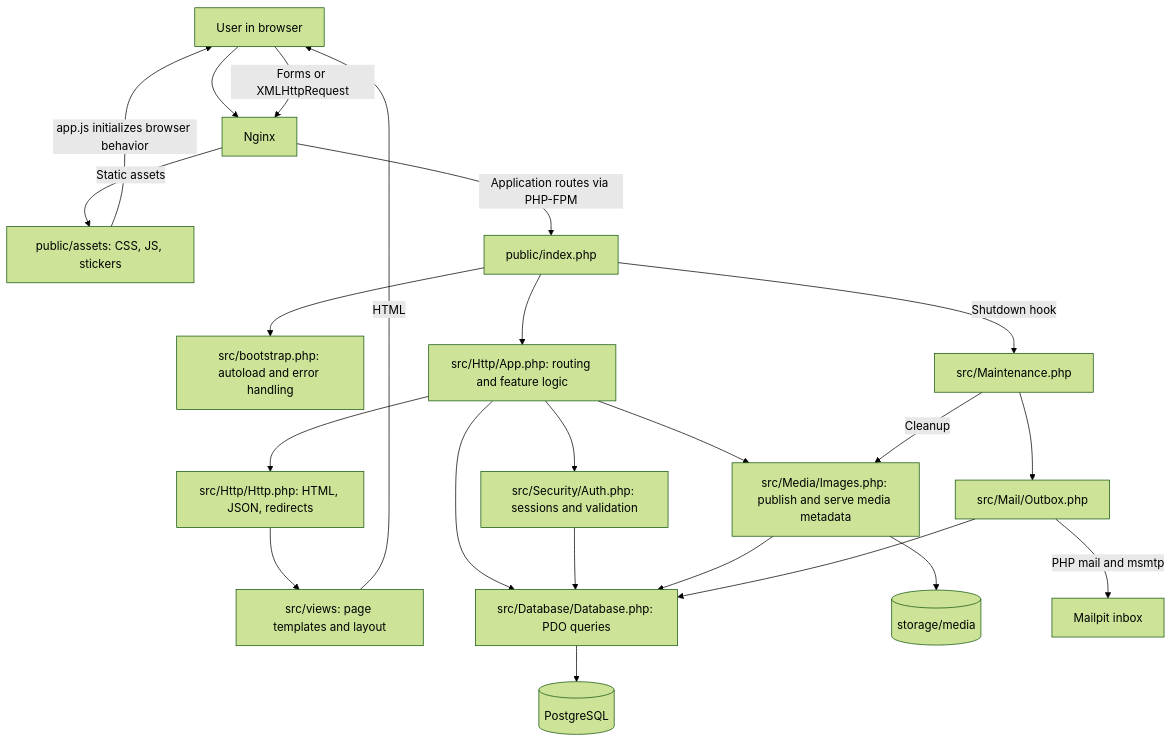
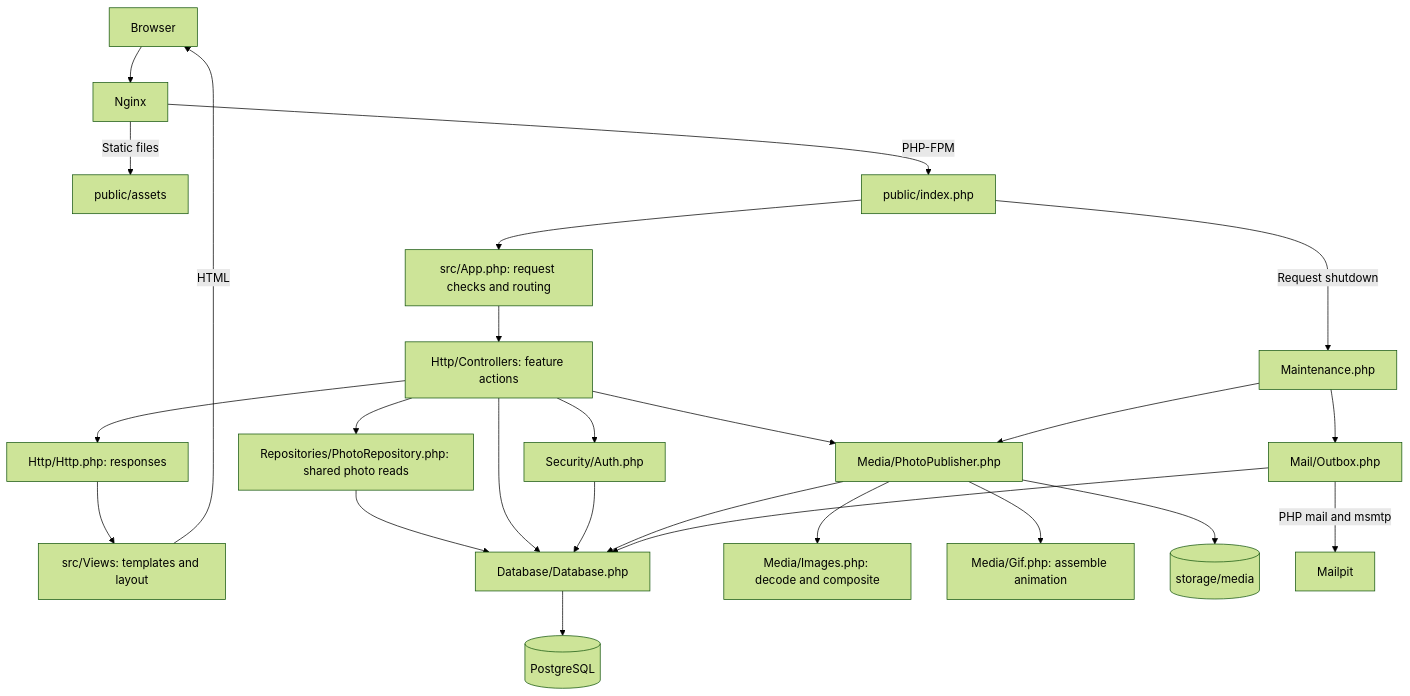
One commit to mtellami/camagru changed the first of 8 diagrams in ARCHITECTURE.md. Above: the diagram before and after it, drawn with Mermaid (forest theme). The commit also changed other lines of this file and 53 other files, not shown here.

````diff
--- a/ARCHITECTURE.md
+++ b/ARCHITECTURE.md
@@ -9,25 +9,27 @@
 ```mermaid
 flowchart TD
-    User[User in browser] --> Nginx[Nginx]
-    Nginx -->|Static assets| Assets[public/assets: CSS, JS, stickers]
-    Nginx -->|Application routes via PHP-FPM| Entry[public/index.php]
-    Entry --> Bootstrap[src/bootstrap.php: autoload and error handling]
-    Entry --> App[src/Http/App.php: routing and feature logic]
-    App --> Auth[src/Security/Auth.php: sessions and validation]
-    App --> Http[src/Http/Http.php: HTML, JSON, redirects]
-    Http --> Views[src/views: page templates and layout]
-    Views -->|HTML| User
-    Assets -->|app.js initializes browser behavior| User
-    User -->|Forms or XMLHttpRequest| Nginx
-    App --> DB[src/Database/Database.php: PDO queries]
+    Browser[Browser] --> Nginx[Nginx]
+    Nginx -->|Static files| Assets[public/assets]
+    Nginx -->|PHP-FPM| Entry[public/index.php]
+    Entry --> App[src/App.php: request checks and routing]
+    App --> Controllers[Http/Controllers: feature actions]
+    Controllers --> Auth[Security/Auth.php]
+    Controllers --> Http[Http/Http.php: responses]
+    Http --> Views[src/Views: templates and layout]
+    Views -->|HTML| Browser
+    Controllers --> Repository[Repositories/PhotoRepository.php: shared photo reads]
+    Repository --> DB[Database/Database.php]
+    Controllers --> DB
     Auth --> DB
     DB --> PG[(PostgreSQL)]
-    App --> Images[src/Media/Images.php: publish and serve media metadata]
-    Images --> DB
-    Images --> Files[(storage/media)]
-    Entry -->|Shutdown hook| Maintenance[src/Maintenance.php]
-    Maintenance --> Outbox[src/Mail/Outbox.php]
+    Controllers --> Publisher[Media/PhotoPublisher.php]
+    Publisher --> Images[Media/Images.php: decode and composite]
+    Publisher --> Gif[Media/Gif.php: assemble animation]
+    Publisher --> DB
+    Publisher --> Disk[(storage/media)]
+    Entry -->|Request shutdown| Maintenance[Maintenance.php]
+    Maintenance --> Publisher
+    Maintenance --> Outbox[Mail/Outbox.php]
     Outbox --> DB
-    Outbox -->|PHP mail and msmtp| Mailpit[Mailpit inbox]
-    Maintenance -->|Cleanup| Images
+    Outbox -->|PHP mail and msmtp| Mailpit[Mailpit]
 ```
````
